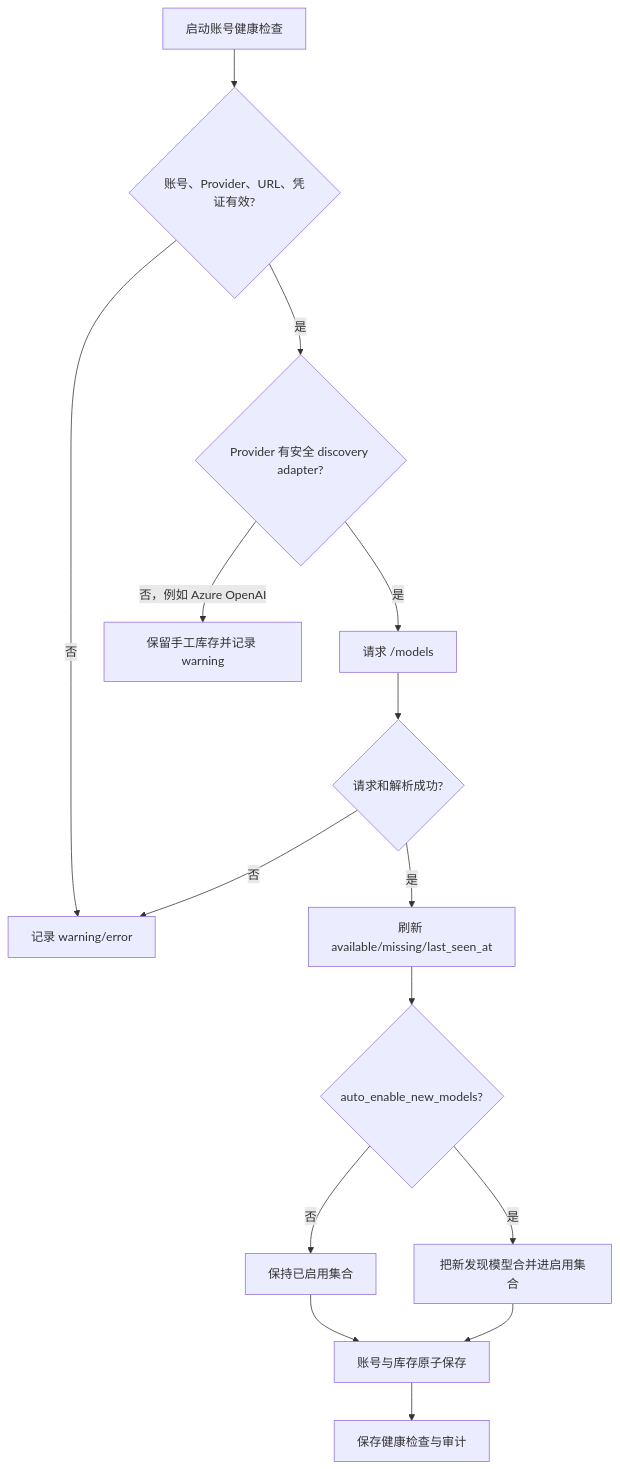
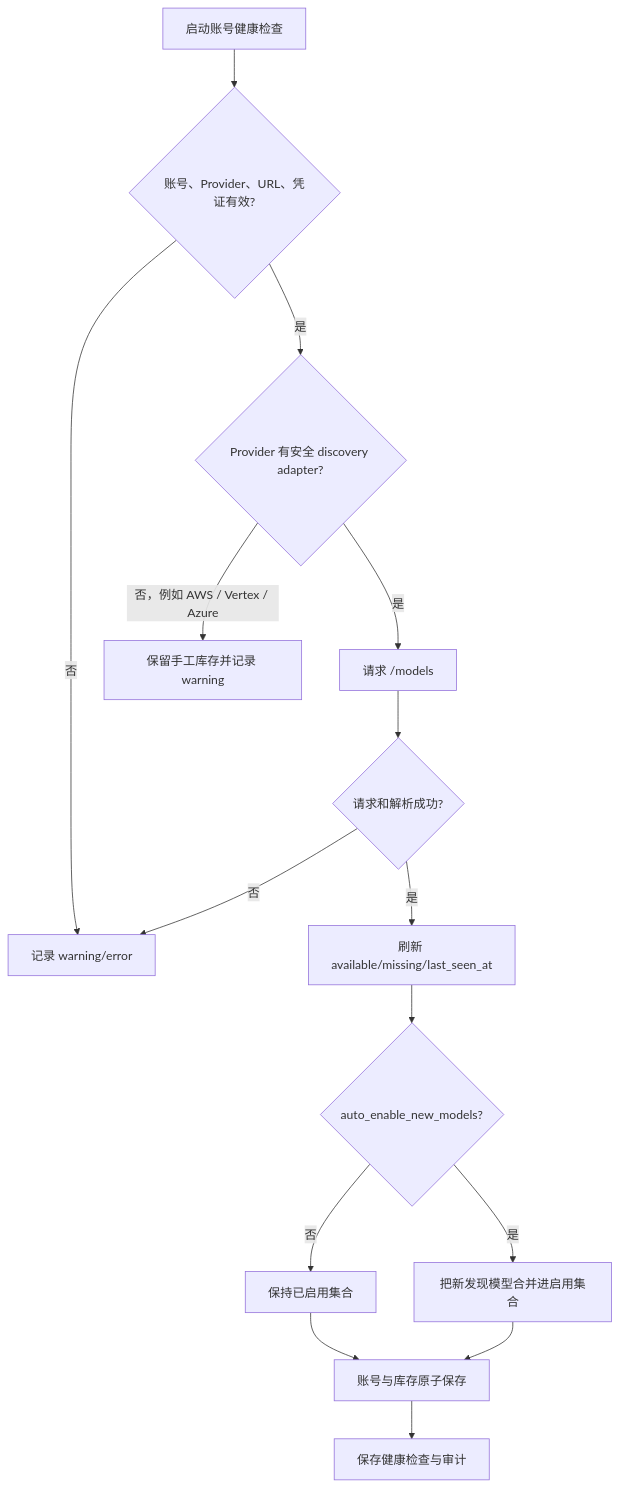
One commit to astercloud/asterrouter changed the sixth of 9 diagrams in docs/roadmap/models/README.md. Above: the diagram before and after it, drawn with Mermaid. The commit also changed other lines of this file and 79 other files, not shown here.

````diff
--- a/docs/roadmap/models/README.md
+++ b/docs/roadmap/models/README.md
@@ -262,17 +260,17 @@
 ```mermaid
 flowchart TD
     Start[启动账号健康检查] --> Config{账号、Provider、URL、凭证有效?}
     Config -- 否 --> HealthError[记录 warning/error]
     Config -- 是 --> Adapter{Provider 有安全 discovery adapter?}
-    Adapter -- 否，例如 Azure OpenAI --> Manual[保留手工库存并记录 warning]
+    Adapter -- 否，例如 AWS / Vertex / Azure --> Manual[保留手工库存并记录 warning]
     Adapter -- 是 --> Discover[请求 /models]
     Discover --> Success{请求和解析成功?}
     Success -- 否 --> HealthError
     Success -- 是 --> Diff[刷新 available/missing/last_seen_at]
     Diff --> Auto{auto_enable_new_models?}
     Auto -- 否 --> Keep[保持已启用集合]
     Auto -- 是 --> Merge[把新发现模型合并进启用集合]
     Keep --> Atomic[账号与库存原子保存]
     Merge --> Atomic
     Atomic --> HealthOK[保存健康检查与审计]
 ```
````
